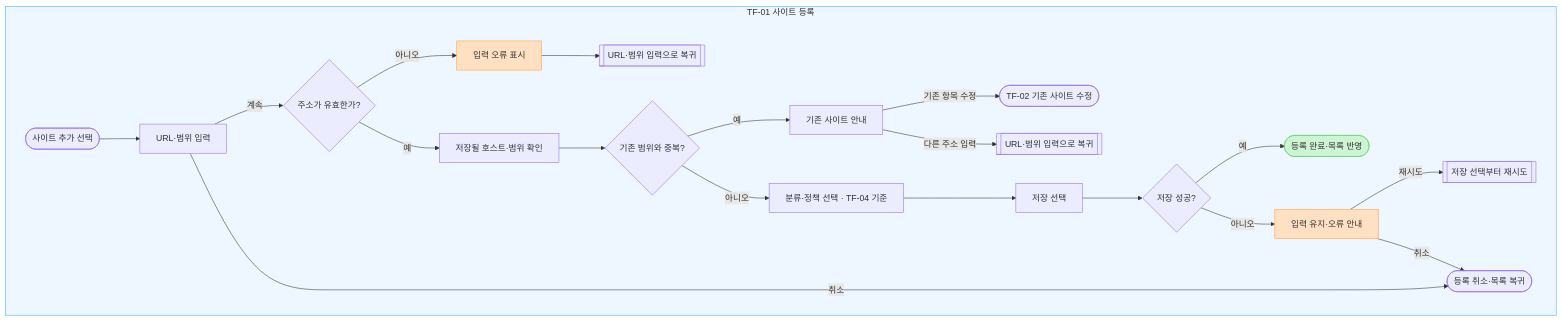
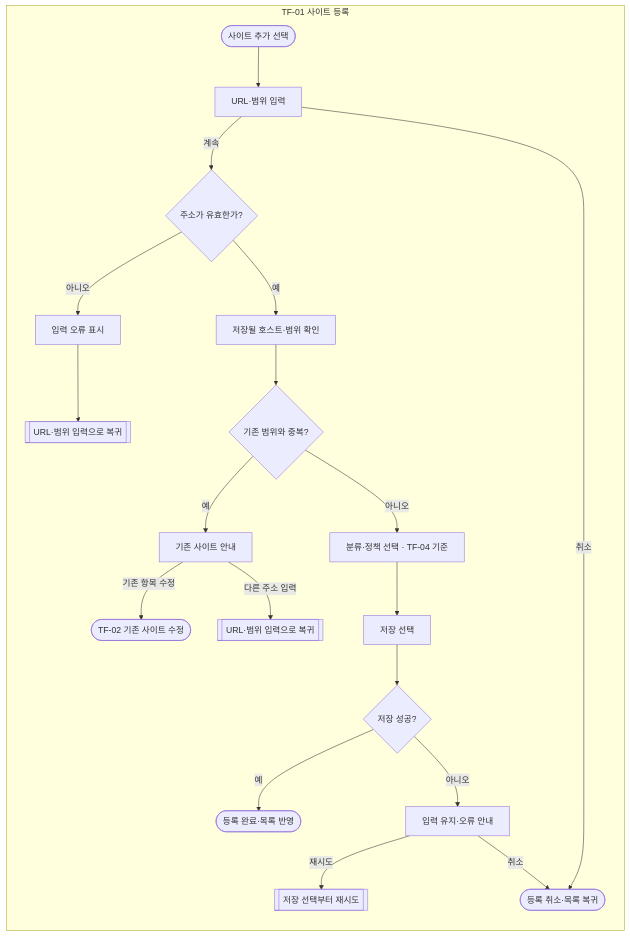
Before and after one commit to kdu-sw-capstone/capstone-project: the first of 13 diagrams in docs/design/01_UX_기능설계/FOCURVE_Task_Flow_v1.0.md, drawn with Mermaid. The commit also changed other lines of this file and 34 other files, not shown here.

````diff
--- a/docs/design/01_UX_기능설계/FOCURVE_Task_Flow_v1.0.md
+++ b/docs/design/01_UX_기능설계/FOCURVE_Task_Flow_v1.0.md
@@ -62,43 +62,40 @@
 ```mermaid
 flowchart TB
 subgraph taskOne["TF-01 사이트 등록"]
+    direction TB
 regOpen(["사이트 추가 선택"])
 regInput["URL·범위 입력"]
 regValid{"주소가 유효한가?"}
 regInvalid["입력 오류 표시"]
 regHost["저장될 호스트·범위 확인"]
 regDup{"기존 범위와 중복?"}
 regExisting["기존 사이트 안내"]
 regEdit(["TF-02 기존 사이트 수정"])
 regPolicy["분류·정책 선택 · TF-04 기준"]
 regSave["저장 선택"]
 regSaved{"저장 성공?"}
 regFailure["입력 유지·오류 안내"]
 regDone(["등록 완료·목록 반영"])
 regCancel(["등록 취소·목록 복귀"])
 regOpen --> regInput
 regInput -->|"계속"| regValid
 regInput -->|"취소"| regCancel
 regValid -->|"아니오"| regInvalid
 regInvalid --> regReturnInput
 regValid -->|"예"| regHost
 regHost --> regDup
 regDup -->|"예"| regExisting
 regExisting -->|"기존 항목 수정"| regEdit
 regExisting -->|"다른 주소 입력"| regReturnOther
 regDup -->|"아니오"| regPolicy
 regPolicy --> regSave
 regSave --> regSaved
 regSaved -->|"예"| regDone
 regSaved -->|"아니오"| regFailure
 regFailure -->|"재시도"| regRetrySave
 regFailure -->|"취소"| regCancel
 regReturnInput[["URL·범위 입력으로 복귀"]]
 regReturnOther[["URL·범위 입력으로 복귀"]]
 regRetrySave[["저장 선택부터 재시도"]]
 end
-style taskOne fill:#EEF6FF,stroke:#3DADFF
-style regInvalid fill:#FFE0C2,stroke:#FF9E42
-style regFailure fill:#FFE0C2,stroke:#FF9E42
-style regDone fill:#CDF4D3,stroke:#66D575
 ```
````
